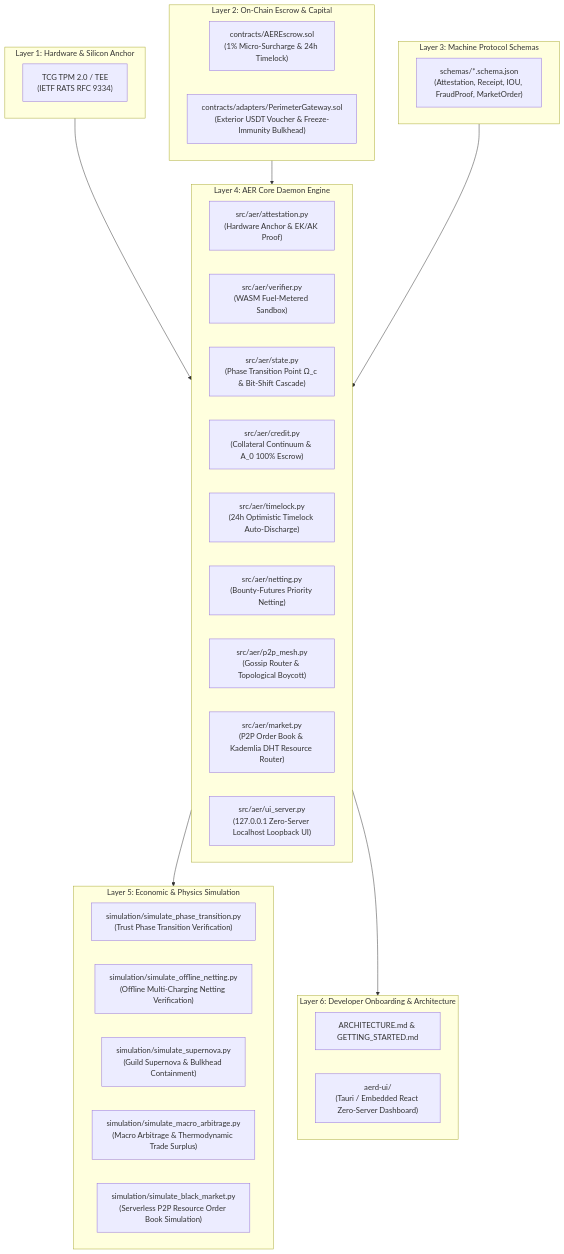
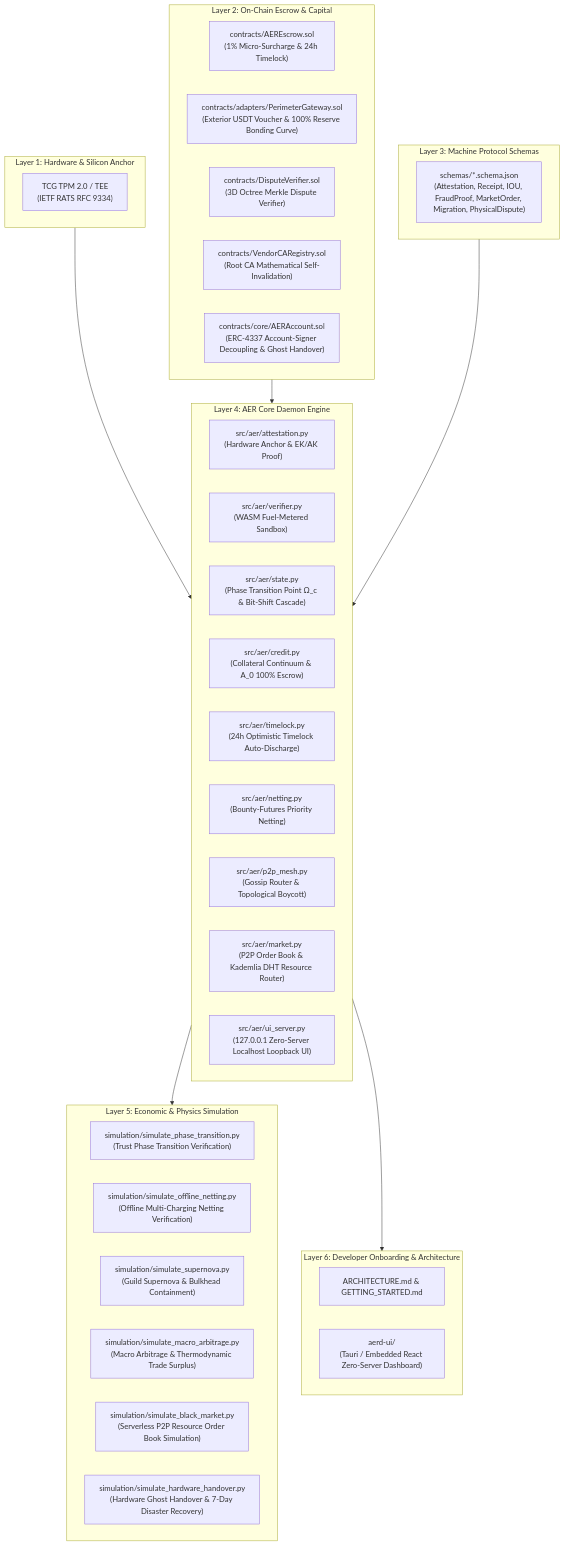
One commit to Team-Sequence-Thaumaturge/AER changed the diagram in ROADMAP.md. Above: the diagram before and after it, drawn with Mermaid. The commit also changed other lines of this file and 5 other files, not shown here.

Commit message:
docs: formalize Appendix C on physical disputes, root CA self-invalidation, and capital immortality (v1.8.7)

````diff
--- a/ROADMAP.md
+++ b/ROADMAP.md
@@ -8,46 +8,50 @@
 ```mermaid
 graph TD
     subgraph Layer1 [Layer 1: Hardware & Silicon Anchor]
         TPM["TCG TPM 2.0 / TEE<br/>(IETF RATS RFC 9334)"]
     end
 
     subgraph Layer2 [Layer 2: On-Chain Escrow & Capital]
         Escrow["contracts/AEREscrow.sol<br/>(1% Micro-Surcharge & 24h Timelock)"]
-        Gateway["contracts/adapters/PerimeterGateway.sol<br/>(Exterior USDT Voucher & Freeze-Immunity Bulkhead)"]
+        Gateway["contracts/adapters/PerimeterGateway.sol<br/>(Exterior USDT Voucher & 100% Reserve Bonding Curve)"]
+        Dispute["contracts/DisputeVerifier.sol<br/>(3D Octree Merkle Dispute Verifier)"]
+        VendorCA["contracts/VendorCARegistry.sol<br/>(Root CA Mathematical Self-Invalidation)"]
+        Account["contracts/core/AERAccount.sol<br/>(ERC-4337 Account-Signer Decoupling & Ghost Handover)"]
     end
 
     subgraph Layer3 [Layer 3: Machine Protocol Schemas]
-        Schemas["schemas/*.schema.json<br/>(Attestation, Receipt, IOU, FraudProof, MarketOrder)"]
+        Schemas["schemas/*.schema.json<br/>(Attestation, Receipt, IOU, FraudProof, MarketOrder, Migration, PhysicalDispute)"]
     end
 
     subgraph Layer4 [Layer 4: AER Core Daemon Engine]
         Attest["src/aer/attestation.py<br/>(Hardware Anchor & EK/AK Proof)"]
         Verify["src/aer/verifier.py<br/>(WASM Fuel-Metered Sandbox)"]
         State["src/aer/state.py<br/>(Phase Transition Point Ω_c & Bit-Shift Cascade)"]
         Credit["src/aer/credit.py<br/>(Collateral Continuum & A_0 100% Escrow)"]
         Timelock["src/aer/timelock.py<br/>(24h Optimistic Timelock Auto-Discharge)"]
         Netting["src/aer/netting.py<br/>(Bounty-Futures Priority Netting)"]
         Mesh["src/aer/p2p_mesh.py<br/>(Gossip Router & Topological Boycott)"]
         Market["src/aer/market.py<br/>(P2P Order Book & Kademlia DHT Resource Router)"]
         UIServer["src/aer/ui_server.py<br/>(127.0.0.1 Zero-Server Localhost Loopback UI)"]
     end
 
     subgraph Layer5 [Layer 5: Economic & Physics Simulation]
         SimPhase["simulation/simulate_phase_transition.py<br/>(Trust Phase Transition Verification)"]
         SimNet["simulation/simulate_offline_netting.py<br/>(Offline Multi-Charging Netting Verification)"]
         SimSuper["simulation/simulate_supernova.py<br/>(Guild Supernova & Bulkhead Containment)"]
         SimMacro["simulation/simulate_macro_arbitrage.py<br/>(Macro Arbitrage & Thermodynamic Trade Surplus)"]
         SimMarket["simulation/simulate_black_market.py<br/>(Serverless P2P Resource Order Book Simulation)"]
+        SimHandover["simulation/simulate_hardware_handover.py<br/>(Hardware Ghost Handover & 7-Day Disaster Recovery)"]
     end
 
     subgraph Layer6 [Layer 6: Developer Onboarding & Architecture]
         Docs["ARCHITECTURE.md & GETTING_STARTED.md"]
         AERStation["aerd-ui/<br/>(Tauri / Embedded React Zero-Server Dashboard)"]
     end
 
     Layer1 --> Layer4
     Layer2 --> Layer4
     Layer3 --> Layer4
     Layer4 --> Layer5
     Layer4 --> Layer6
 ```
````
